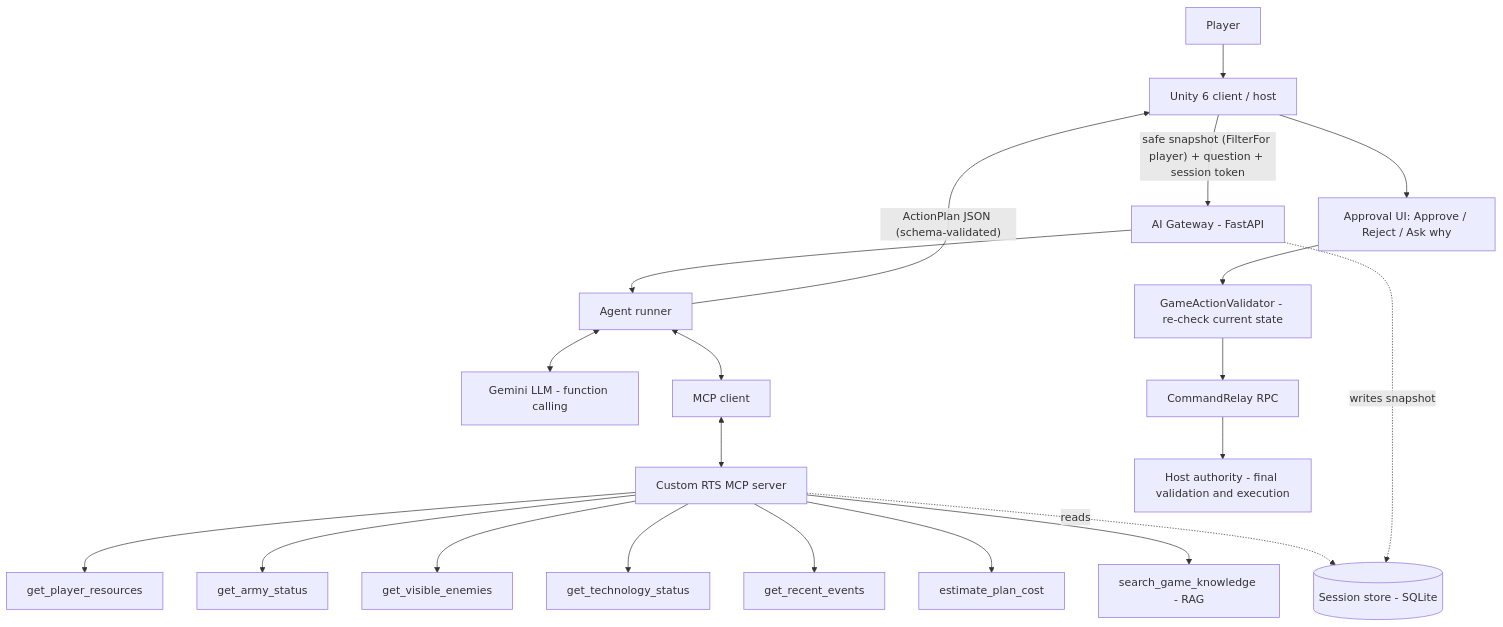
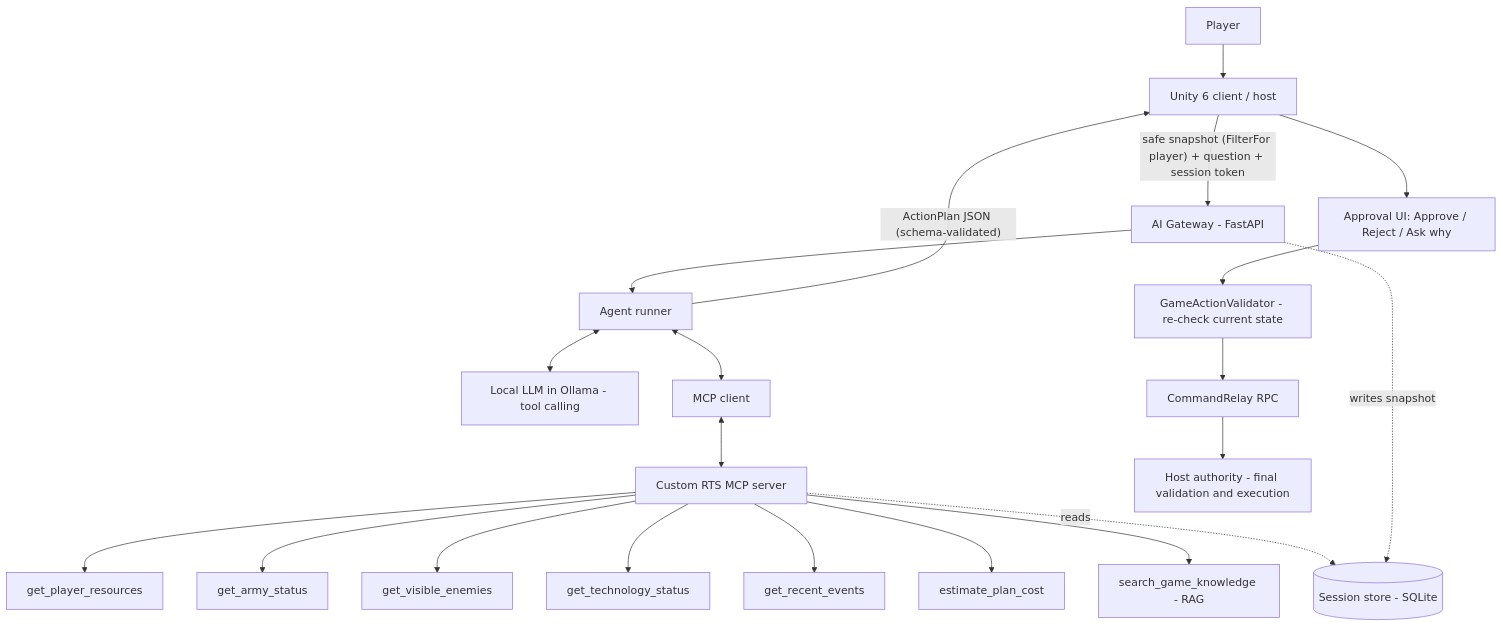
Before and after one commit to ceylanerkan/Agentic_Multiplayer_RTS_Project: the diagram in docs/design-brief.md, drawn with Mermaid. The commit also changed other lines of this file and 10 other files, not shown here.

First line of the commit message:
Local LLM is the default (instructor wants local); warm-up and offline RAG

````diff
--- a/docs/design-brief.md
+++ b/docs/design-brief.md
@@ -80,23 +80,23 @@
 ```mermaid
 flowchart TD
     P[Player] --> U[Unity 6 client / host]
     U -- "safe snapshot (FilterFor player) + question + session token" --> G[AI Gateway - FastAPI]
     G --> A[Agent runner]
-    A <--> L[Gemini LLM - function calling]
+    A <--> L[Local LLM in Ollama - tool calling]
     A <--> M[MCP client]
     M <--> S[Custom RTS MCP server]
     S --> T1[get_player_resources]
     S --> T2[get_army_status]
     S --> T3[get_visible_enemies]
     S --> T4[get_technology_status]
     S --> T5[get_recent_events]
     S --> T6[estimate_plan_cost]
     S --> T7[search_game_knowledge - RAG]
     S -. reads .-> DB[(Session store - SQLite)]
     G -. writes snapshot .-> DB
     A -- "ActionPlan JSON (schema-validated)" --> U
     U --> H[Approval UI: Approve / Reject / Ask why]
     H --> V[GameActionValidator - re-check current state]
     V --> R[CommandRelay RPC]
     R --> HA[Host authority - final validation and execution]
 ```
````
